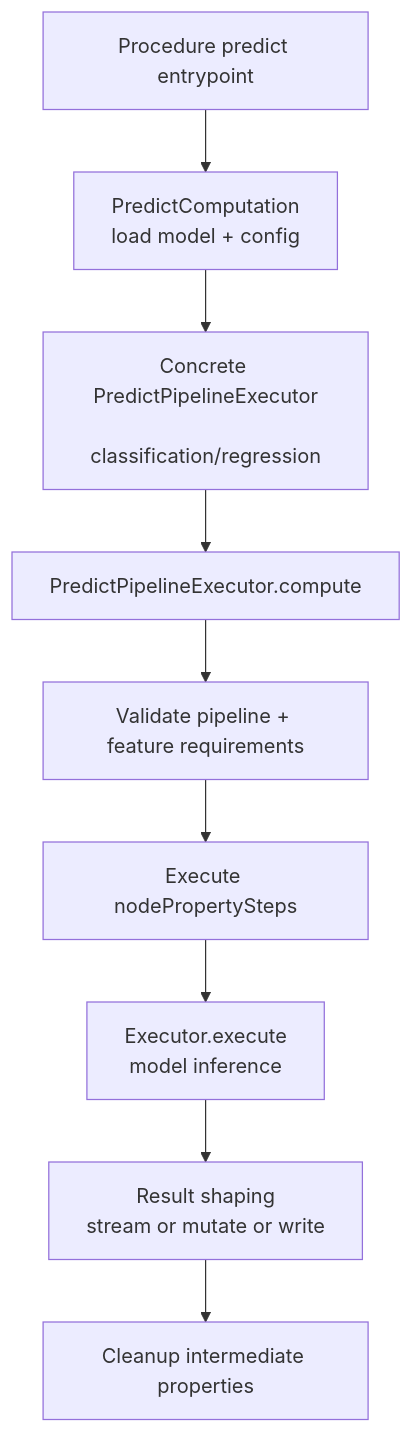
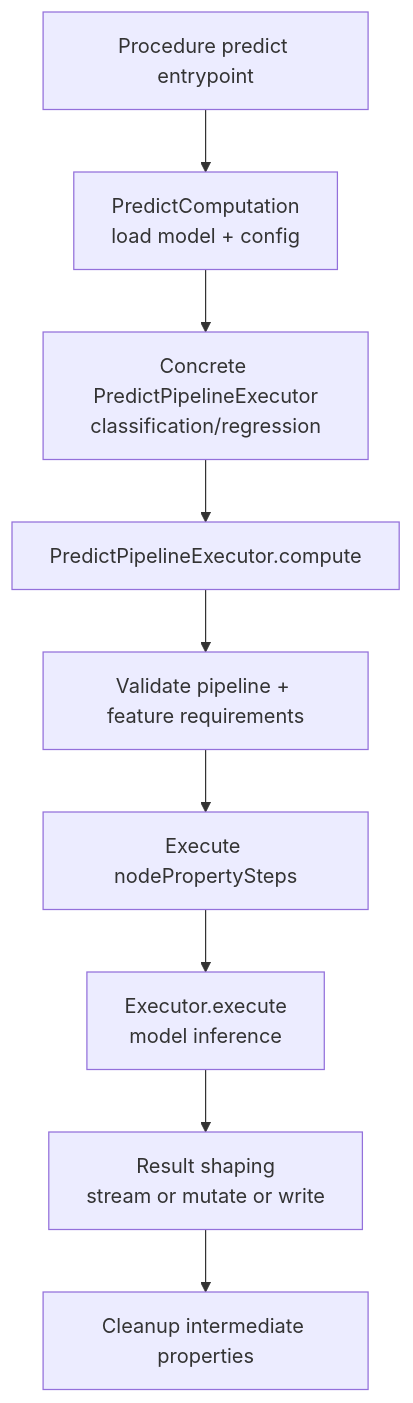
The second of 4 diagrams in gds/doc/PIPELINE_EXECUTION_MENTAL_MODEL.md (patmonardo/organon), drawn with Mermaid before and after one commit. The commit also changed other lines of this file and 21 other files, not shown here.

````diff
--- a/gds/doc/PIPELINE_EXECUTION_MENTAL_MODEL.md
+++ b/gds/doc/PIPELINE_EXECUTION_MENTAL_MODEL.md
@@ -37,15 +35,11 @@
 ```mermaid
 flowchart TD
-    A[Procedure predict entrypoint] --> B[PredictComputation
-    load model + config]
-    B --> C[Concrete PredictPipelineExecutor
-    classification/regression]
-    C --> D[PredictPipelineExecutor.compute]
-    D --> E[Validate pipeline + feature requirements]
-    E --> F[Execute nodePropertySteps]
-    F --> G[Executor.execute
-    model inference]
-    G --> H[Result shaping
-    stream or mutate or write]
-    H --> I[Cleanup intermediate properties]
+    A["Procedure predict entrypoint"] --> B["PredictComputation<br/>load model + config"]
+    B --> C["Concrete PredictPipelineExecutor<br/>classification/regression"]
+    C --> D["PredictPipelineExecutor.compute"]
+    D --> E["Validate pipeline + feature requirements"]
+    E --> F["Execute nodePropertySteps"]
+    F --> G["Executor.execute<br/>model inference"]
+    G --> H["Result shaping<br/>stream or mutate or write"]
+    H --> I["Cleanup intermediate properties"]
 ```
````
